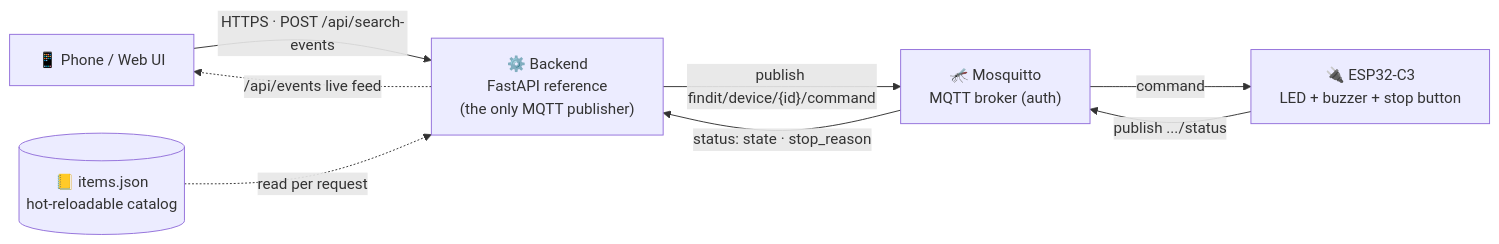
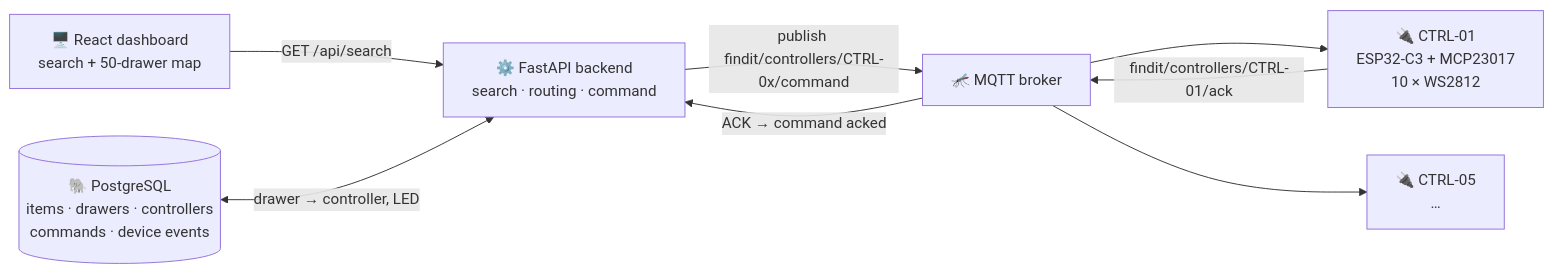
Before and after one commit to HarryXin0919/FindItem: the diagram in README.md, drawn with Mermaid. The commit also changed other lines of this file and 126 other files, not shown here.

First line of the commit message:
v2: five-controller architecture — (ESP32-C3 + MCP23017 + 10 x WS2812) x 5

````diff
--- a/README.md
+++ b/README.md
@@ -45,11 +62,13 @@
 ```mermaid
 flowchart LR
-    UI["📱 Phone / Web UI"] -->|"HTTPS · POST /api/search-events"| BE
-    BE["⚙️ Backend<br/>FastAPI reference<br/>(the only MQTT publisher)"]
-    CAT[("📒 items.json<br/>hot-reloadable catalog")] -. "read per request" .-> BE
-    BE -->|"publish findit/device/{id}/command"| BR["🦟 Mosquitto<br/>MQTT broker (auth)"]
-    BR -->|"command"| ESP["🔌 ESP32-C3<br/>LED + buzzer + stop button"]
-    ESP -->|"publish .../status"| BR
-    BR -->|"status: state · stop_reason"| BE
-    BE -. "/api/events live feed" .-> UI
+    UI["🖥️ React dashboard<br/>search + 50-drawer map"]
+    UI -->|"GET /api/search"| BE
+    BE["⚙️ FastAPI backend<br/>search · routing · command"]
+    DB[("🐘 PostgreSQL<br/>items · drawers · controllers<br/>commands · device events")]
+    DB <-->|"drawer → controller, LED"| BE
+    BE -->|"publish findit/controllers/CTRL-0x/command"| BR["🦟 MQTT broker"]
+    BR --> N1["🔌 CTRL-01<br/>ESP32-C3 + MCP23017<br/>10 × WS2812"]
+    BR --> N5["🔌 CTRL-05<br/>…"]
+    N1 -->|"findit/controllers/CTRL-01/ack"| BR
+    BR -->|"ACK → command acked"| BE
 ```
````
